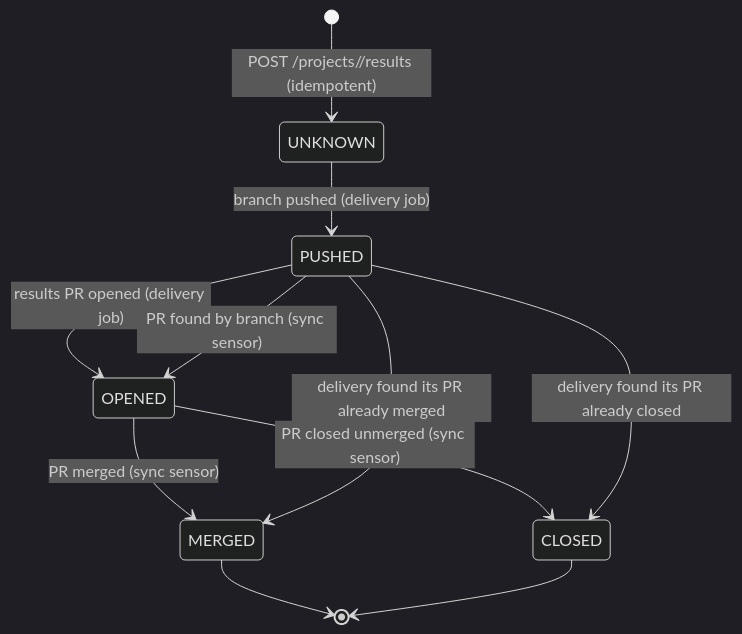
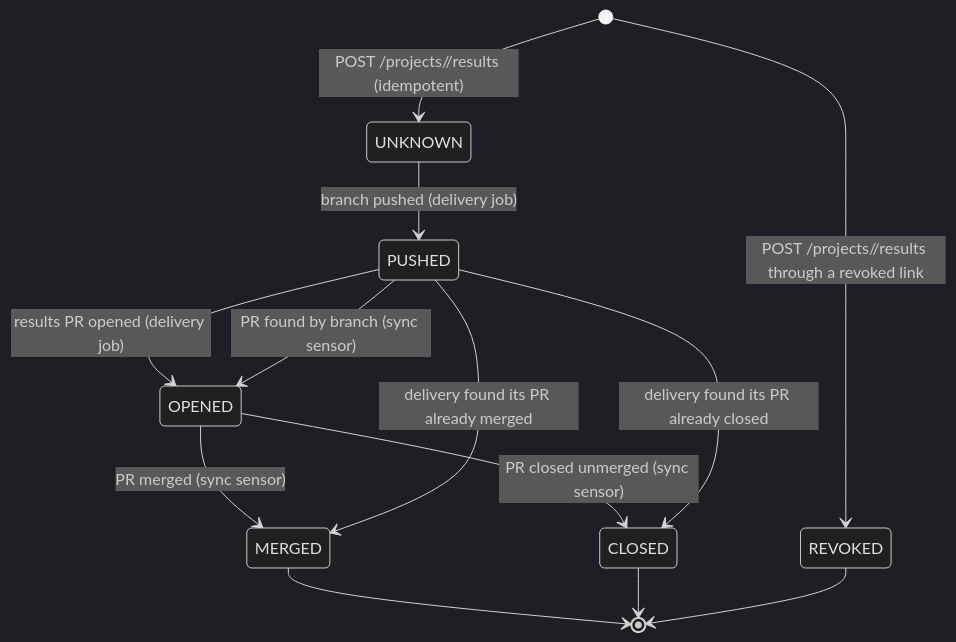
One commit to Aridhia-Open-Source/PHEMS_federated_node changed the fifth of 5 diagrams in docs/architecture/entities.md. Above: the diagram before and after it, drawn with Mermaid (dark theme). The commit also changed other lines of this file and 17 other files, not shown here.

First line of the commit message:
e2e failure suite: S9 self-healing, S11 ingest error, S12 non-zero exit, S16 revoked results link; REVOKED result step; teardown flag

````diff
--- a/docs/architecture/entities.md
+++ b/docs/architecture/entities.md
@@ -272,13 +272,15 @@
 ```mermaid
 stateDiagram-v2
     [*] --> UNKNOWN : POST /projects/<id>/results (idempotent)
     UNKNOWN --> PUSHED : branch pushed (delivery job)
     PUSHED --> OPENED : results PR opened (delivery job)
     PUSHED --> OPENED : PR found by branch (sync sensor)
     OPENED --> MERGED : PR merged (sync sensor)
     OPENED --> CLOSED : PR closed unmerged (sync sensor)
     PUSHED --> MERGED : delivery found its PR already merged
     PUSHED --> CLOSED : delivery found its PR already closed
+    [*] --> REVOKED : POST /projects/<id>/results through a revoked link
     MERGED --> [*]
     CLOSED --> [*]
+    REVOKED --> [*]
 ```
````
